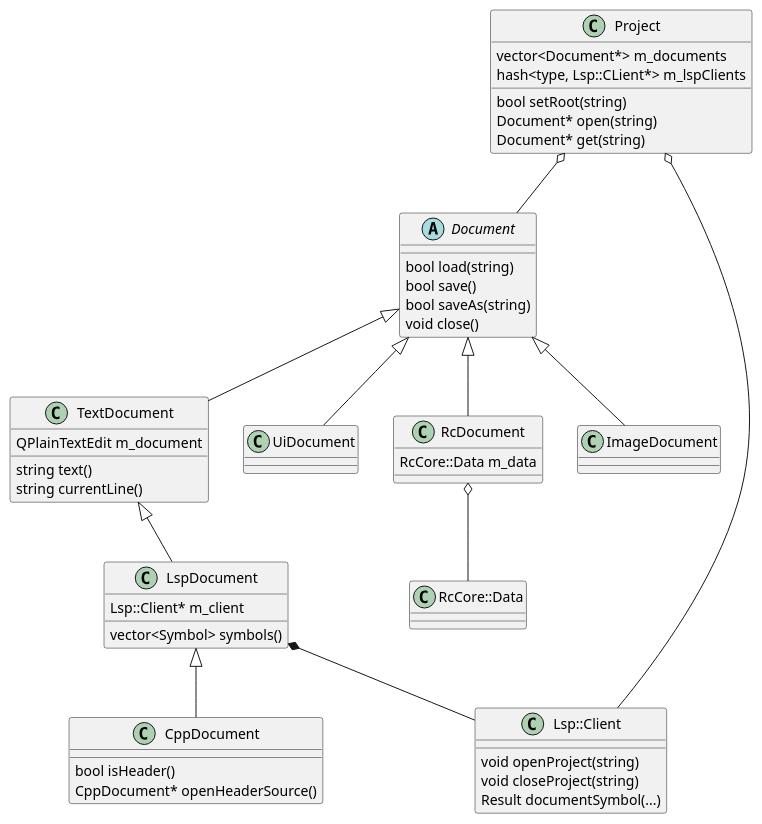
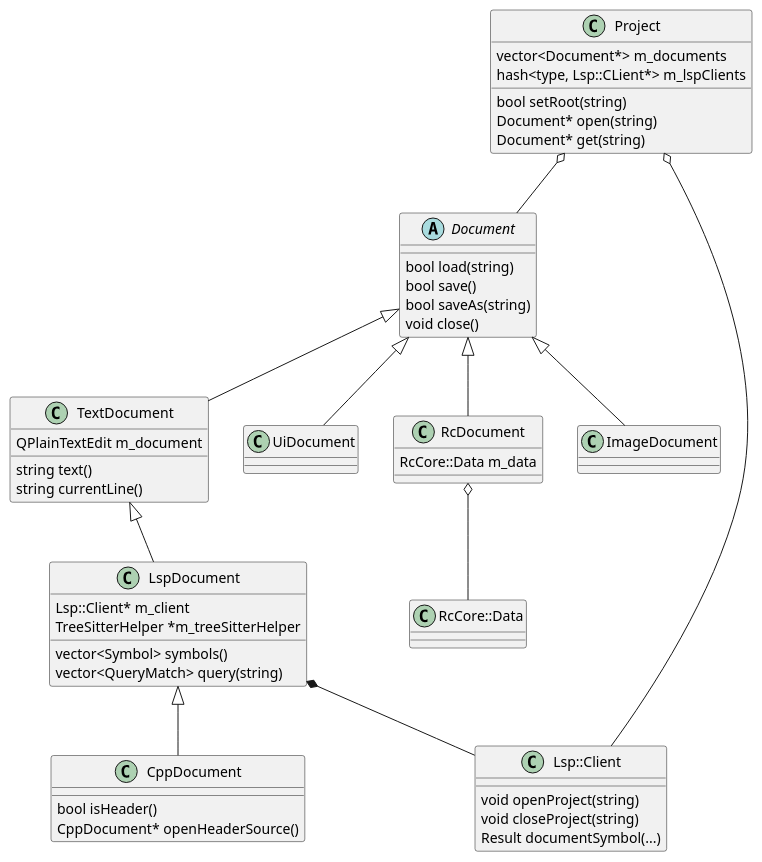
One commit to KDAB/knut changed the diagram in docs/assets/project-classes.puml. Above: the diagram before and after it, drawn with PlantUML. The commit also changed 13 other files, not shown here.

First line of the commit message:
Improve documentation for Tree-sitter API

```diff
--- a/docs/assets/project-classes.puml
+++ b/docs/assets/project-classes.puml
@@ -1,52 +1,54 @@
 @startuml
 class Project {
   vector<Document*> m_documents
   hash<type, Lsp::CLient*> m_lspClients
   bool setRoot(string)
   Document* open(string)
   Document* get(string)
 }
 abstract class Document {
   bool load(string)
   bool save()
   bool saveAs(string)
   void close()
 }
 class TextDocument {
   QPlainTextEdit m_document
   string text()
   string currentLine()
 }
 class UiDocument
 class RcDocument {
   RcCore::Data m_data
 }
 class RcCore::Data
 class ImageDocument
 class LspDocument {
   Lsp::Client* m_client
+  TreeSitterHelper *m_treeSitterHelper
   vector<Symbol> symbols()
+  vector<QueryMatch> query(string)
 }
 class CppDocument {
   bool isHeader()
   CppDocument* openHeaderSource()
 }
 class Lsp::Client {
   void openProject(string)
   void closeProject(string)
   Result documentSymbol(...)
 }
 
 Project o-- Document
 Document <|-- TextDocument
 Document <|-- UiDocument
 Document <|-- RcDocument
 RcDocument o-- RcCore::Data
 Document <|-- ImageDocument
 TextDocument <|-- LspDocument
 LspDocument <|-- CppDocument
 Project o-- Lsp::Client
 LspDocument *-- Lsp::Client
 
 
 @enduml
```
